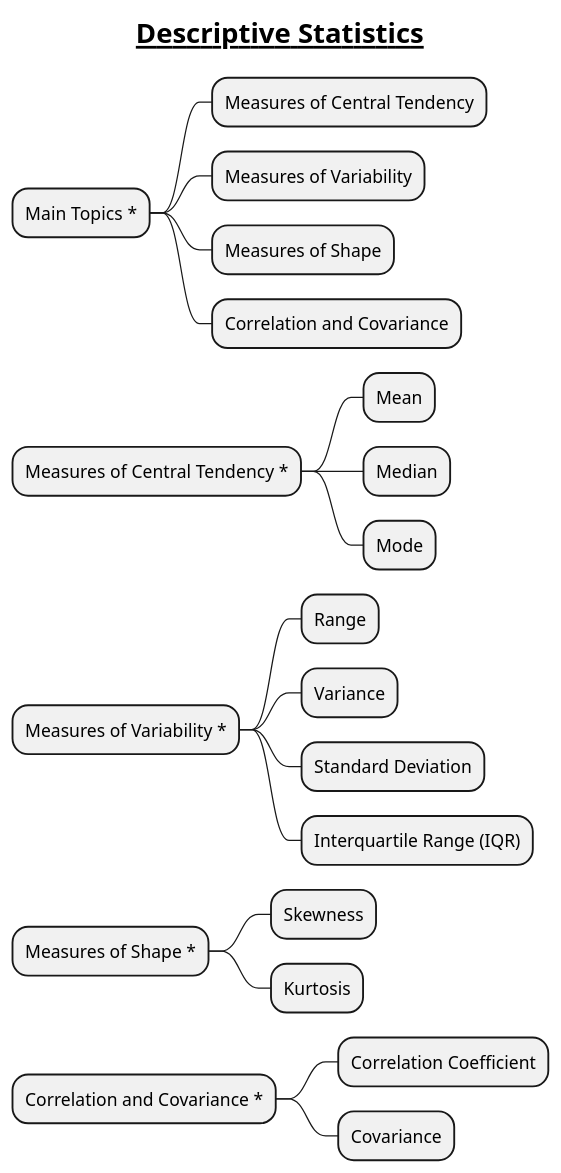
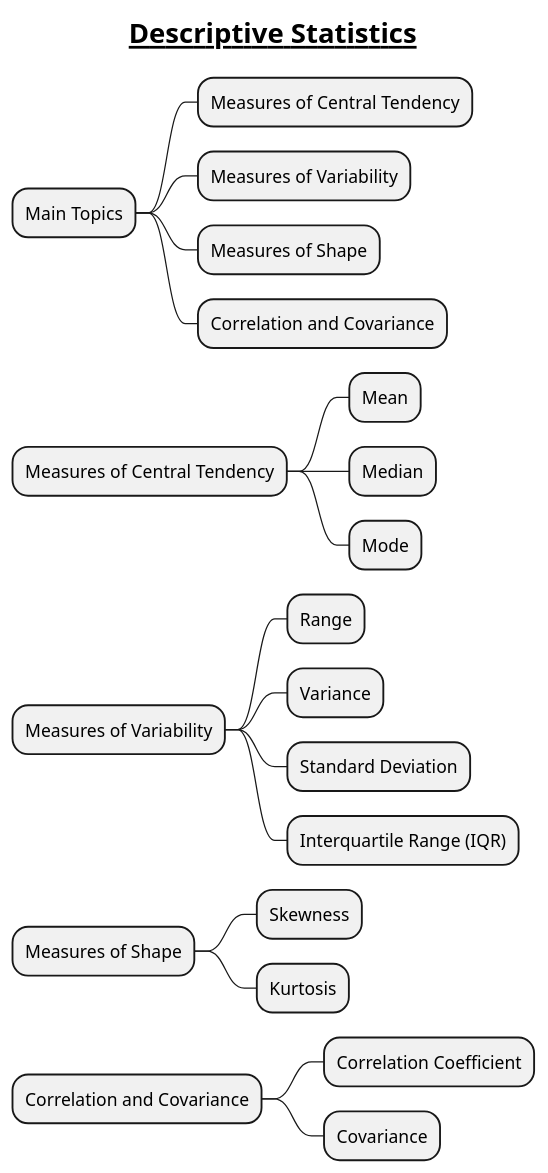
The diagram in docs/AI-ML- DL-Data-Science-and-BigData/statistics/Descriptive-Statistics.puml (MehmoodHashmi/Documentation-as-Code-DaC), drawn with PlantUML before and after one commit. The commit also changed 3 other files, not shown here.

```diff
--- a/docs/AI-ML- DL-Data-Science-and-BigData/statistics/Descriptive-Statistics.puml
+++ b/docs/AI-ML- DL-Data-Science-and-BigData/statistics/Descriptive-Statistics.puml
@@ -1,29 +1,29 @@
 @startmindmap
 title =__Descriptive Statistics__
 
-* Main Topics *
+* Main Topics
 ** Measures of Central Tendency
 ** Measures of Variability
 ** Measures of Shape
 ** Correlation and Covariance
 
-* Measures of Central Tendency *
+* Measures of Central Tendency
 ** Mean
 ** Median
 ** Mode
 
-* Measures of Variability *
+* Measures of Variability
 ** Range
 ** Variance
 ** Standard Deviation
 ** Interquartile Range (IQR)
 
-* Measures of Shape *
+* Measures of Shape
 ** Skewness
 ** Kurtosis
 
-* Correlation and Covariance *
+* Correlation and Covariance
 ** Correlation Coefficient
 ** Covariance
 
 @endmindmap
```
